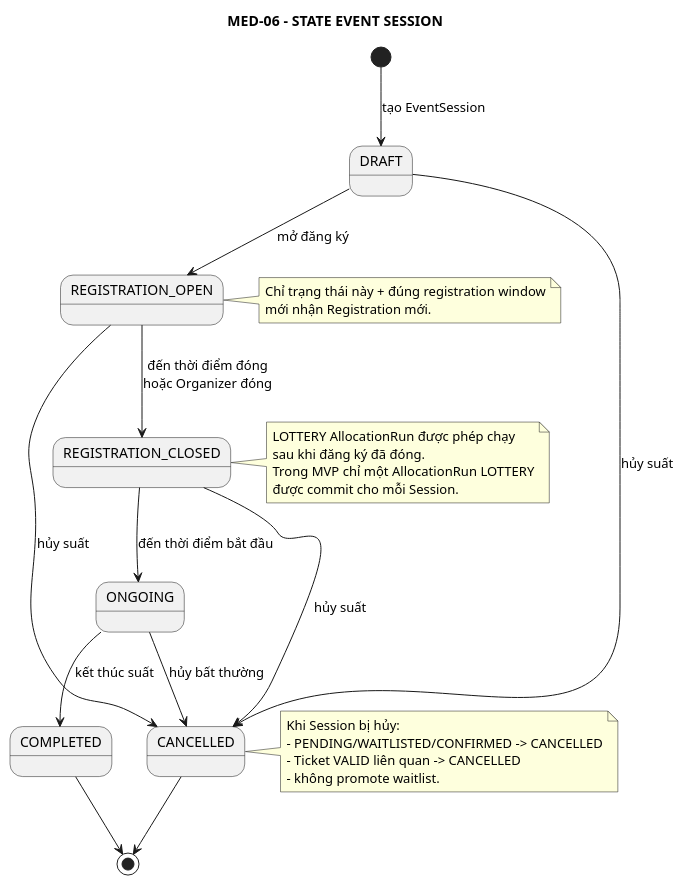
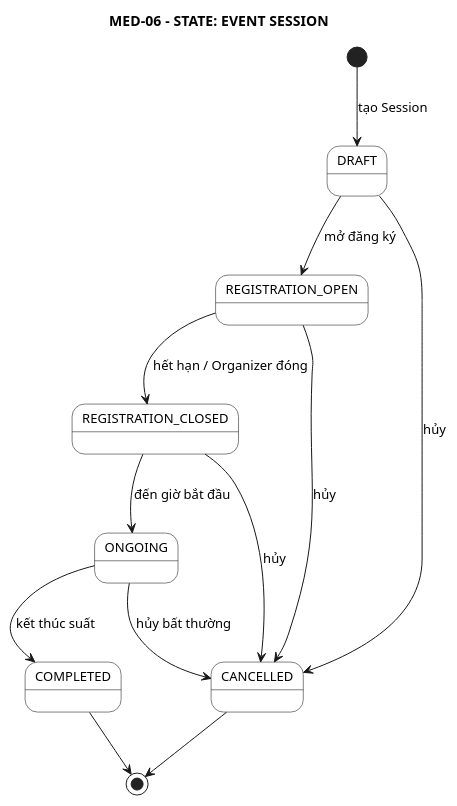
Before and after one commit to anh632k-ui/OOP-DoAn: the diagram in PTTK/07_State/03-event-session-state.puml, drawn with PlantUML.

Commit message:
simplify event session state diagram layout

```diff
--- a/PTTK/07_State/03-event-session-state.puml
+++ b/PTTK/07_State/03-event-session-state.puml
@@ -1,41 +1,25 @@
 @startuml
+skinparam monochrome true
 skinparam shadowing false
+skinparam defaultFontSize 13
+skinparam state {
+  BackgroundColor White
+  BorderColor Black
+}
 
-title MED-06 - STATE EVENT SESSION
+title MED-06 - STATE: EVENT SESSION
 
-[*] --> DRAFT : tạo EventSession
+[*] --> DRAFT : tạo Session
 DRAFT --> REGISTRATION_OPEN : mở đăng ký
-DRAFT --> CANCELLED : hủy suất
+REGISTRATION_OPEN --> REGISTRATION_CLOSED : hết hạn / Organizer đóng
+REGISTRATION_CLOSED --> ONGOING : đến giờ bắt đầu
+ONGOING --> COMPLETED : kết thúc suất
+COMPLETED --> [*]
 
-REGISTRATION_OPEN --> REGISTRATION_CLOSED : đến thời điểm đóng\nhoặc Organizer đóng
-REGISTRATION_OPEN --> CANCELLED : hủy suất
-
-REGISTRATION_CLOSED --> ONGOING : đến thời điểm bắt đầu
-REGISTRATION_CLOSED --> CANCELLED : hủy suất
-
-ONGOING --> COMPLETED : kết thúc suất
+DRAFT --> CANCELLED : hủy
+REGISTRATION_OPEN --> CANCELLED : hủy
+REGISTRATION_CLOSED --> CANCELLED : hủy
 ONGOING --> CANCELLED : hủy bất thường
-
-COMPLETED --> [*]
 CANCELLED --> [*]
 
-note right of REGISTRATION_OPEN
-Chỉ trạng thái này + đúng registration window
-mới nhận Registration mới.
-end note
-
-note right of REGISTRATION_CLOSED
-LOTTERY AllocationRun được phép chạy
-sau khi đăng ký đã đóng.
-Trong MVP chỉ một AllocationRun LOTTERY
-được commit cho mỗi Session.
-end note
-
-note right of CANCELLED
-Khi Session bị hủy:
-- PENDING/WAITLISTED/CONFIRMED -> CANCELLED
-- Ticket VALID liên quan -> CANCELLED
-- không promote waitlist.
-end note
-
 @enduml
```
